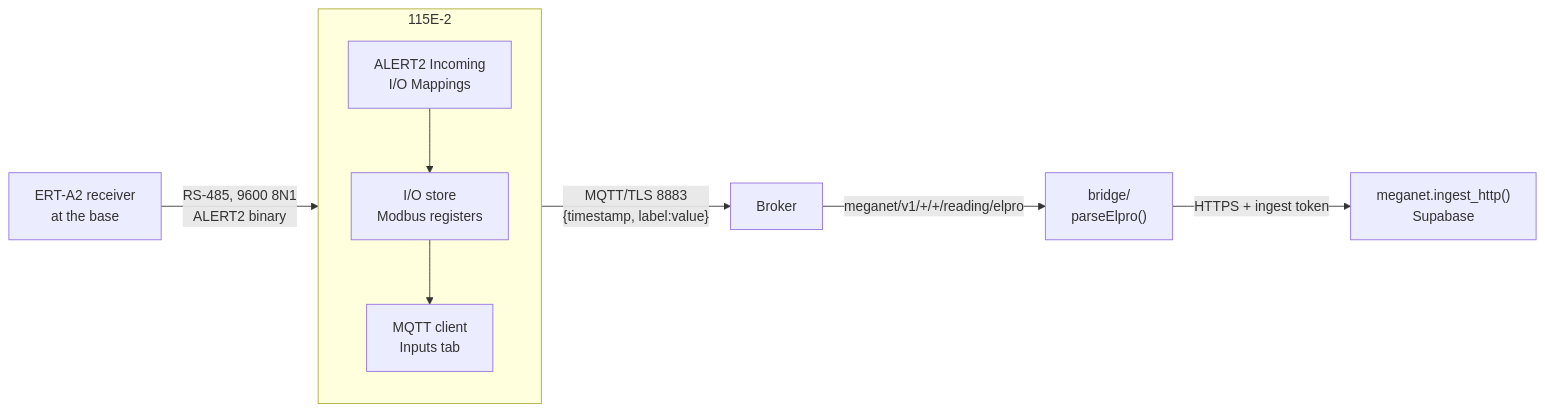
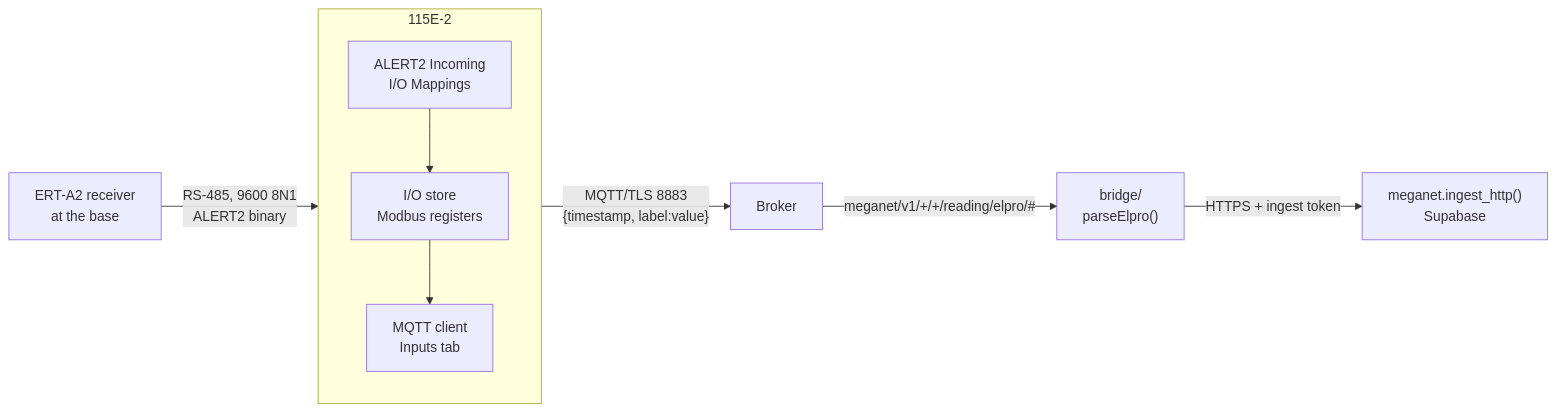
The diagram in docs/elpro115e_mqtt.md (cdomotor-g/MegaNet), drawn with Mermaid before and after one commit. The commit also changed other lines of this file and 12 other files, not shown here.

````diff
--- a/docs/elpro115e_mqtt.md
+++ b/docs/elpro115e_mqtt.md
@@ -190,12 +252,12 @@
 ```mermaid
 flowchart LR
     ERT["ERT-A2 receiver<br/>at the base"] -- "RS-485, 9600 8N1<br/>ALERT2 binary" --> GW
     subgraph GW["115E-2"]
       direction TB
       A2["ALERT2 Incoming<br/>I/O Mappings"] --> REG["I/O store<br/>Modbus registers"]
       REG --> MQ["MQTT client<br/>Inputs tab"]
     end
     MQ -- "MQTT/TLS 8883<br/>{timestamp, label:value}" --> BR["Broker"]
-    BR -- "meganet/v1/+/+/reading/elpro" --> BG["bridge/<br/>parseElpro()"]
+    BR -- "meganet/v1/+/+/reading/elpro/#" --> BG["bridge/<br/>parseElpro()"]
     BG -- "HTTPS + ingest token" --> PG["meganet.ingest_http()<br/>Supabase"]
 ```
````
